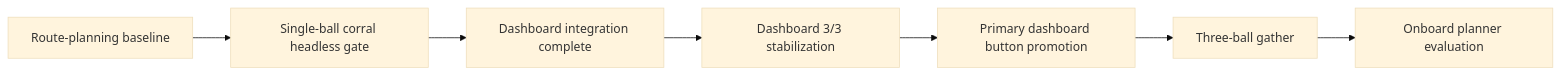
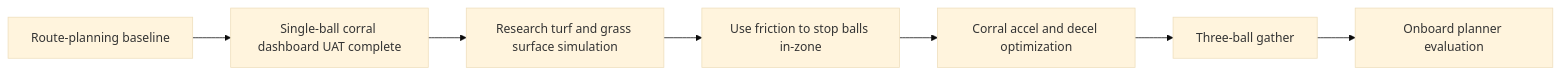
One commit to fsmalkin/chasebot changed the diagram in docs/ROADMAP_2026_H2.md. Above: the diagram before and after it, drawn with Mermaid (base theme). The commit also changed other lines of this file and 21 other files, not shown here.

Commit message:
feat: add telegram wait bridge and roadmap updates

````diff
--- a/docs/ROADMAP_2026_H2.md
+++ b/docs/ROADMAP_2026_H2.md
@@ -143,9 +144,9 @@
 ```mermaid
 flowchart LR
-    A[Route-planning baseline] --> B[Single-ball corral headless gate]
-    B --> C[Dashboard integration complete]
-    C --> D[Dashboard 3/3 stabilization]
-    D --> E[Primary dashboard button promotion]
+    A[Route-planning baseline] --> B[Single-ball corral dashboard UAT complete]
+    B --> C[Research turf and grass surface simulation]
+    C --> D[Use friction to stop balls in-zone]
+    D --> E[Corral accel and decel optimization]
     E --> F[Three-ball gather]
     F --> G[Onboard planner evaluation]
 ```
````
